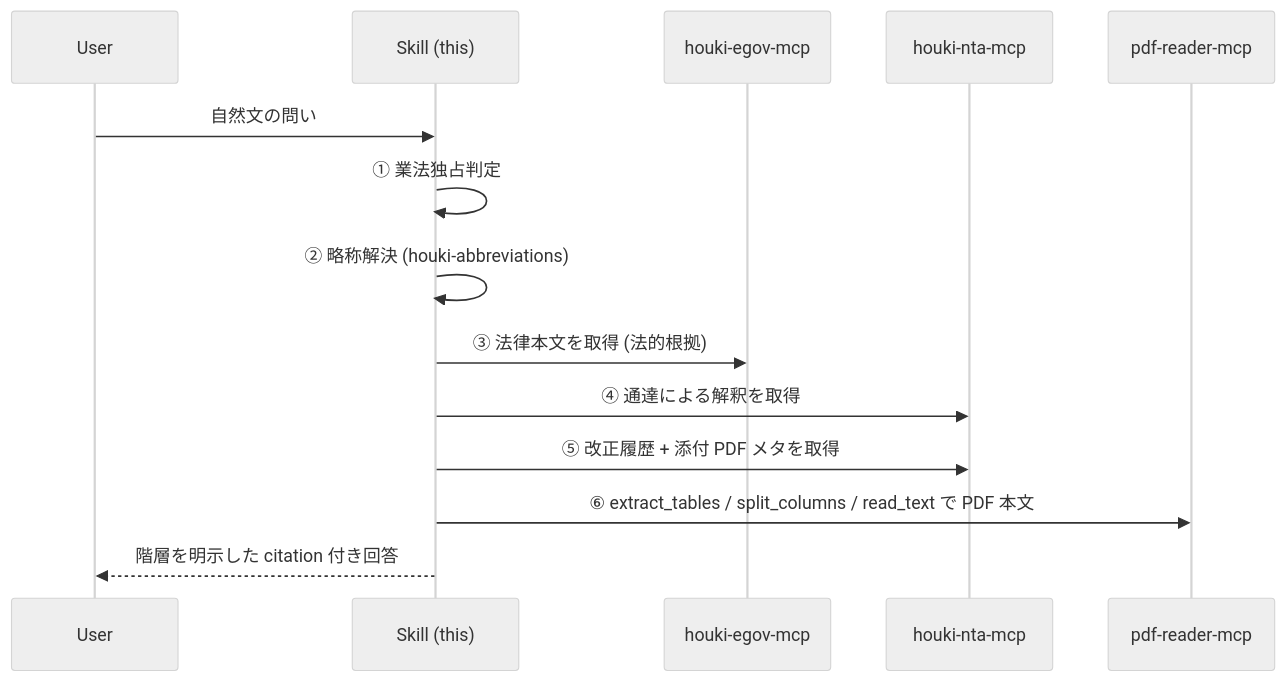
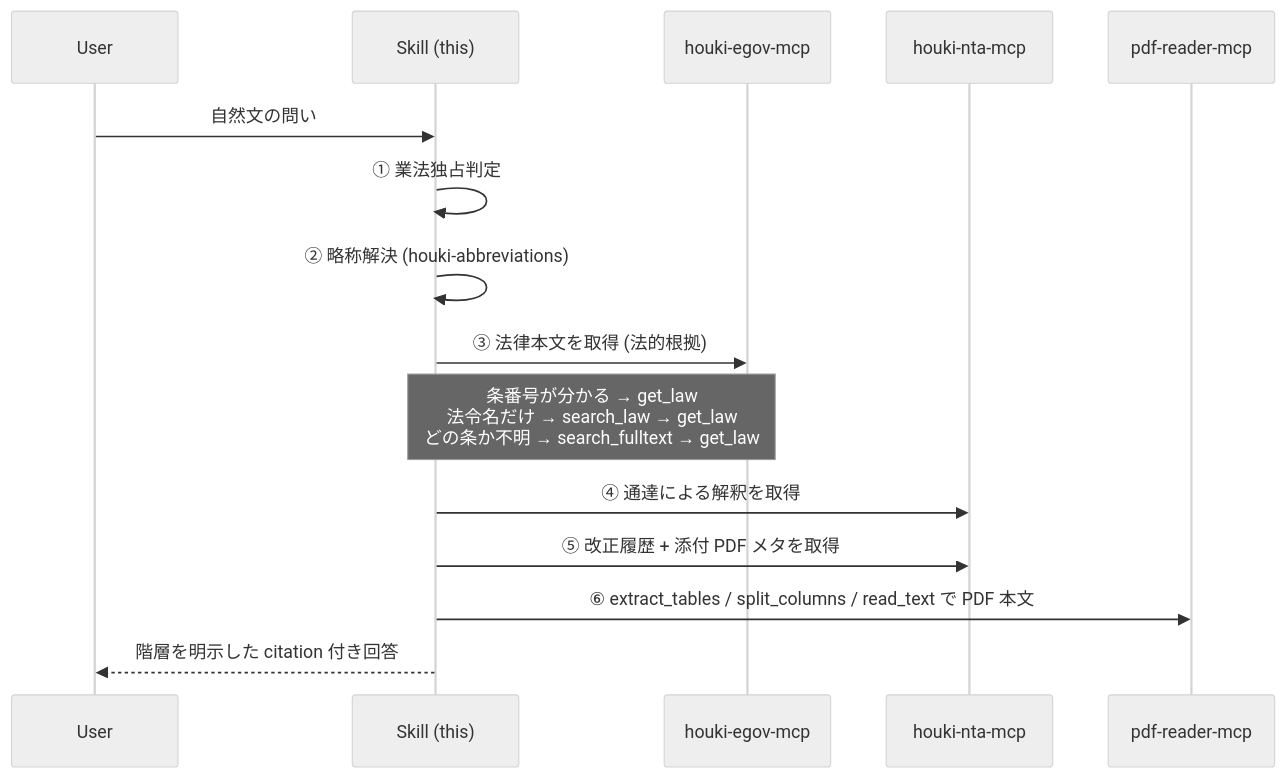
One commit to shuji-bonji/houki-research-skill changed the second of 3 diagrams in skills/houki-research/SKILL.md. Above: the diagram before and after it, drawn with Mermaid (neutral theme). The commit also changed other lines of this file and 9 other files, not shown here.

````diff
--- a/skills/houki-research/SKILL.md
+++ b/skills/houki-research/SKILL.md
@@ -78,17 +78,18 @@
 ```mermaid
 sequenceDiagram
     participant U as User
     participant S as Skill (this)
     participant E as houki-egov-mcp
     participant N as houki-nta-mcp
     participant P as pdf-reader-mcp
 
     U->>S: 自然文の問い
     S->>S: ① 業法独占判定
     S->>S: ② 略称解決 (houki-abbreviations)
     S->>E: ③ 法律本文を取得 (法的根拠)
+    Note over S,E: 条番号が分かる → get_law<br/>法令名だけ → search_law → get_law<br/>どの条か不明 → search_fulltext → get_law
     S->>N: ④ 通達による解釈を取得
     S->>N: ⑤ 改正履歴 + 添付 PDF メタを取得
     S->>P: ⑥ extract_tables / split_columns / read_text で PDF 本文
     S-->>U: 階層を明示した citation 付き回答
 ```
````
